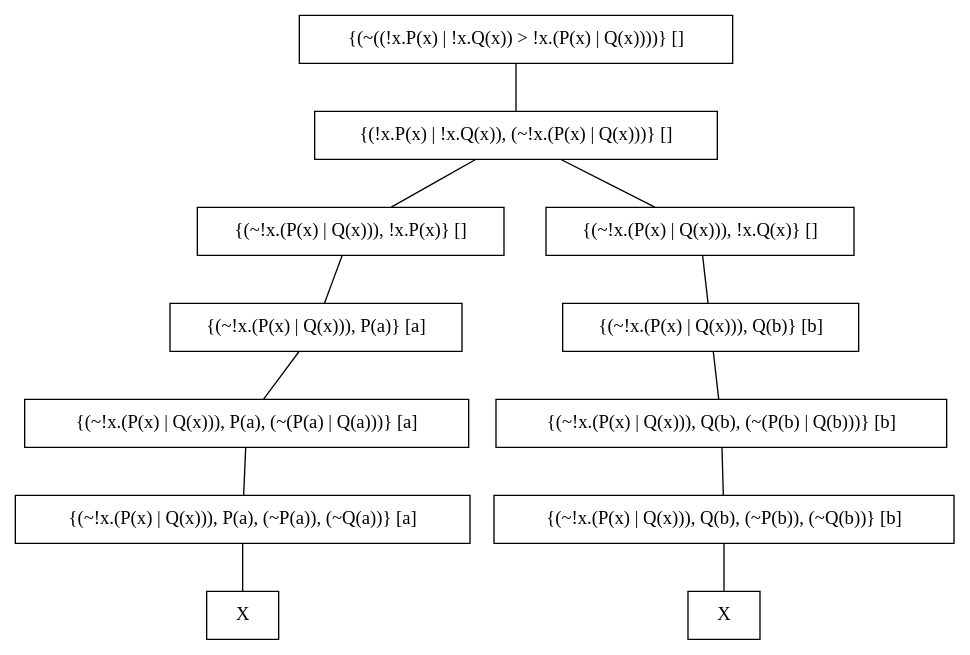
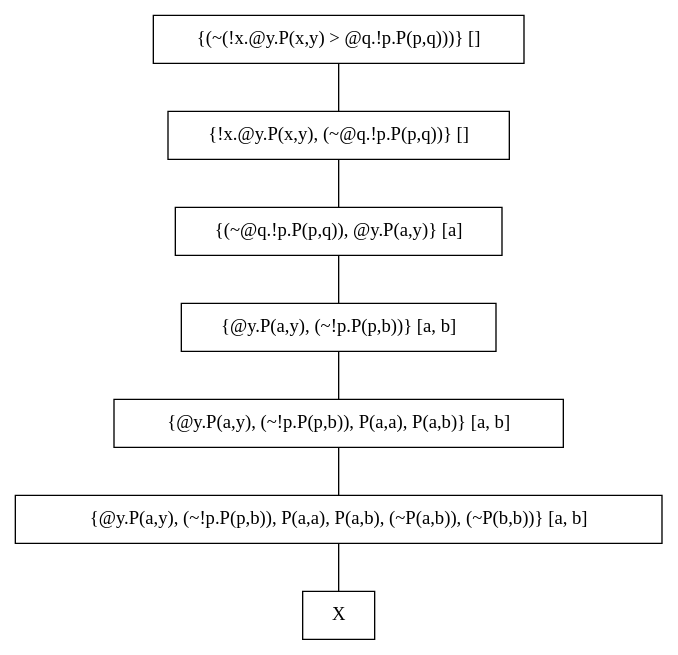
Before and after one commit to Hainv201/LPP: the diagram in LPP/bin/Debug/tableauxgraph.dot, drawn with Graphviz. The commit also changed 12 other files, not shown here.

```diff
--- a/LPP/bin/Debug/tableauxgraph.dot
+++ b/LPP/bin/Debug/tableauxgraph.dot
@@ -1,26 +1,16 @@
 graph tableaux {
 node[shape=box]
-node1 [label = "{(~((!x.P(x) | !x.Q(x)) > !x.(P(x) | Q(x))))} []"]
-node2 [label = "{(!x.P(x) | !x.Q(x)), (~!x.(P(x) | Q(x)))} []"]
+node1 [label = "{(~(!x.@y.P(x,y) > @q.!p.P(p,q)))} []"]
+node2 [label = "{!x.@y.P(x,y), (~@q.!p.P(p,q))} []"]
 node1 -- node2
-node3 [label = "{(~!x.(P(x) | Q(x))), !x.P(x)} []"]
+node3 [label = "{(~@q.!p.P(p,q)), @y.P(a,y)} [a]"]
 node2 -- node3
-node4 [label = "{(~!x.(P(x) | Q(x))), P(a)} [a]"]
+node4 [label = "{@y.P(a,y), (~!p.P(p,b))} [a, b]"]
 node3 -- node4
-node5 [label = "{(~!x.(P(x) | Q(x))), P(a), (~(P(a) | Q(a)))} [a]"]
+node5 [label = "{@y.P(a,y), (~!p.P(p,b)), P(a,a), P(a,b)} [a, b]"]
 node4 -- node5
-node6 [label = "{(~!x.(P(x) | Q(x))), P(a), (~P(a)), (~Q(a))} [a]"]
+node6 [label = "{@y.P(a,y), (~!p.P(p,b)), P(a,a), P(a,b), (~P(a,b)), (~P(b,b))} [a, b]"]
 node5 -- node6
 node7 [ label = "X" ]
 node6 -- node7
-node8 [label = "{(~!x.(P(x) | Q(x))), !x.Q(x)} []"]
-node2 -- node8
-node9 [label = "{(~!x.(P(x) | Q(x))), Q(b)} [b]"]
-node8 -- node9
-node10 [label = "{(~!x.(P(x) | Q(x))), Q(b), (~(P(b) | Q(b)))} [b]"]
-node9 -- node10
-node11 [label = "{(~!x.(P(x) | Q(x))), Q(b), (~P(b)), (~Q(b))} [b]"]
-node10 -- node11
-node12 [ label = "X" ]
-node11 -- node12
 }
```
